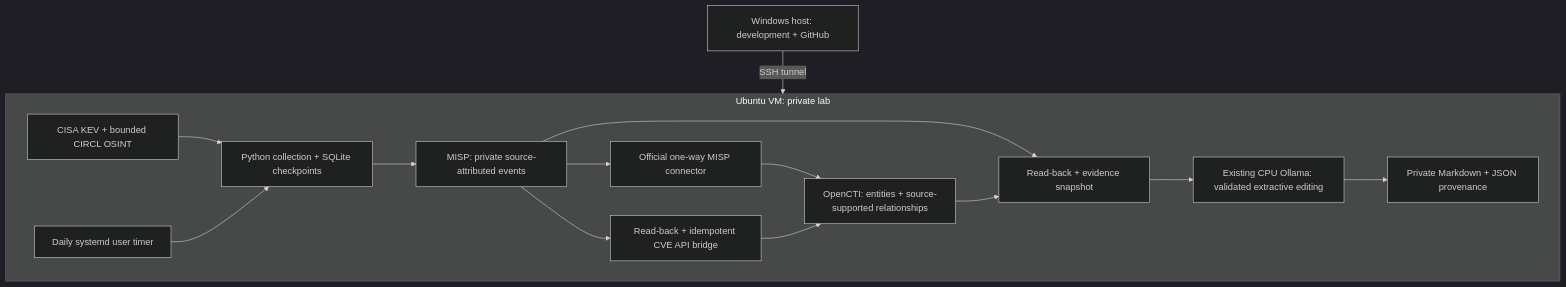
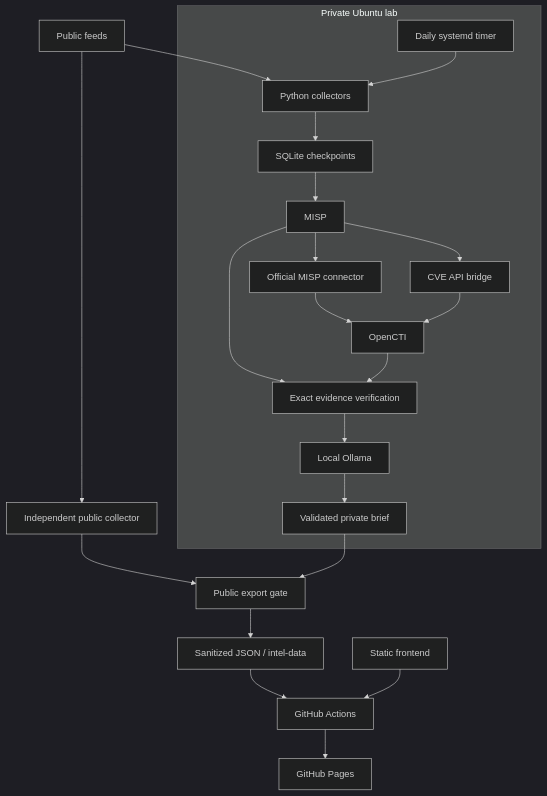
Before and after one commit to bran-dot-flake/STIX-TAXII-Threat-Intel-Automated-Summary: the diagram in README.md, drawn with Mermaid (dark theme). The commit also changed other lines of this file and 25 other files, not shown here.

Commit message:
Publish EMBER observatory with validated public intelligence and daily briefing history

````diff
--- a/README.md
+++ b/README.md
@@ -7,17 +43,24 @@
 ```mermaid
 flowchart TB
-    Host[Windows host: development + GitHub] -->|SSH tunnel| VM
-    subgraph VM[Ubuntu VM: private lab]
-      Feeds[CISA KEV + bounded CIRCL OSINT] --> Pipeline[Python collection + SQLite checkpoints]
-      Pipeline --> MISP[MISP: private source-attributed events]
-      MISP --> Connector[Official one-way MISP connector]
-      Connector --> OpenCTI[OpenCTI: entities + source-supported relationships]
-      MISP --> CVEs[Read-back + idempotent CVE API bridge]
-      CVEs --> OpenCTI
-      MISP --> Evidence[Read-back + evidence snapshot]
-      OpenCTI --> Evidence
-      Evidence --> Ollama[Existing CPU Ollama: validated extractive editing]
-      Ollama --> Brief[Private Markdown + JSON provenance]
-      Timer[Daily systemd user timer] --> Pipeline
-    end
+  Feeds[Public feeds] --> Collect[Python collectors]
+  subgraph Lab[Private Ubuntu lab]
+    Collect --> SQLite[SQLite checkpoints]
+    SQLite --> MISP[MISP]
+    MISP --> Connector[Official MISP connector]
+    Connector --> OpenCTI[OpenCTI]
+    MISP --> Bridge[CVE API bridge]
+    Bridge --> OpenCTI
+    MISP --> Verify[Exact evidence verification]
+    OpenCTI --> Verify
+    Verify --> Ollama[Local Ollama]
+    Ollama --> Brief[Validated private brief]
+    Timer[Daily systemd timer] --> Collect
+  end
+  Feeds --> Public[Independent public collector]
+  Public --> Gate[Public export gate]
+  Brief --> Gate
+  Gate --> JSON[Sanitized JSON / intel-data]
+  JSON --> Actions[GitHub Actions]
+  Frontend[Static frontend] --> Actions
+  Actions --> Pages[GitHub Pages]
 ```
````
